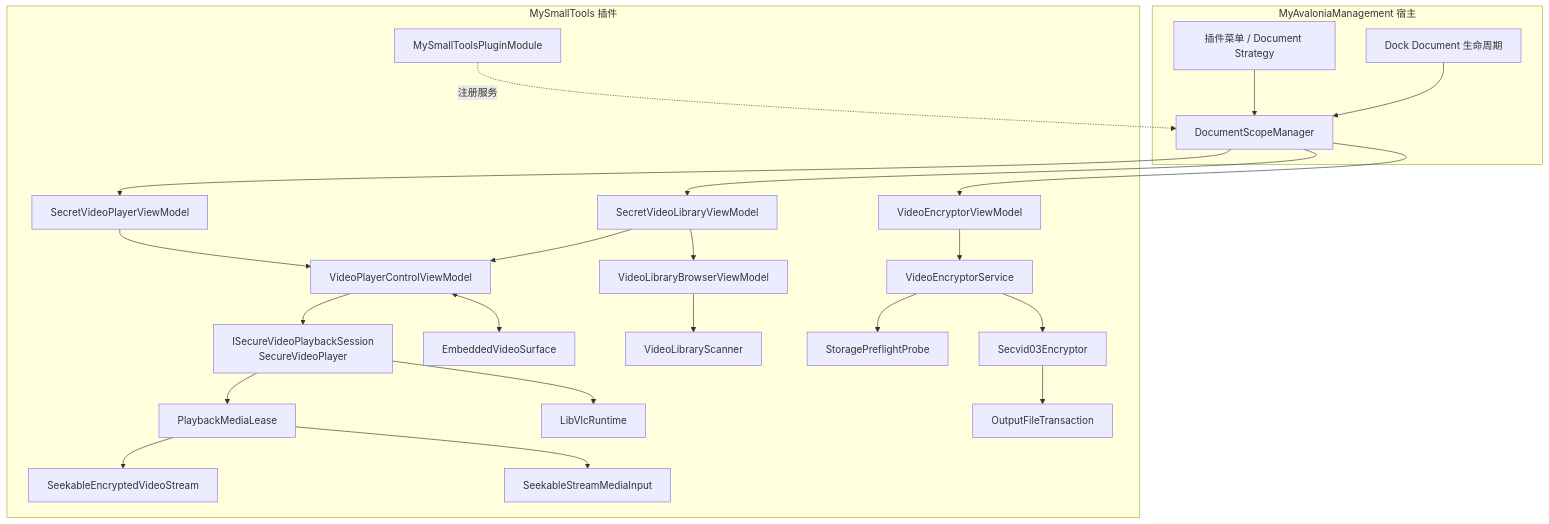
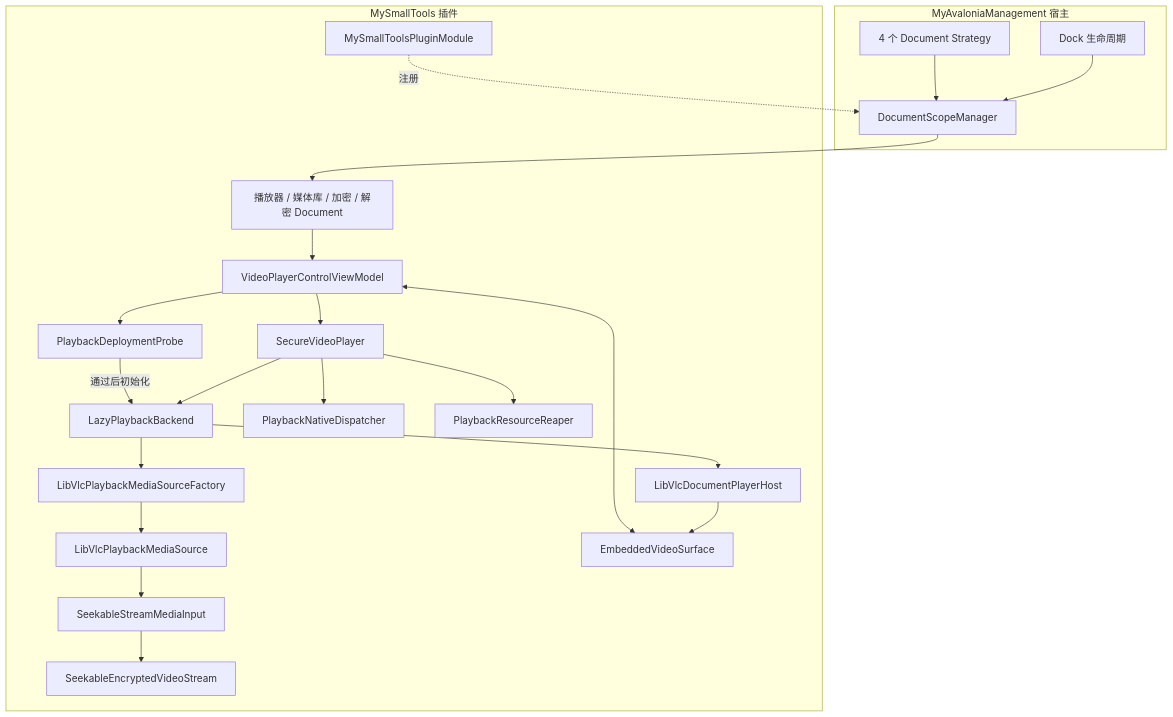
Before and after one commit to crownclowngx/avalonia_dock_simple_test: the first of 6 diagrams in Plugins/MySmallTools/MySmallTools/docs/secret-video-player/architecture-design.md, drawn with Mermaid. The commit also changed other lines of this file and 3 other files, not shown here.

````diff
--- a/Plugins/MySmallTools/MySmallTools/docs/secret-video-player/architecture-design.md
+++ b/Plugins/MySmallTools/MySmallTools/docs/secret-video-player/architecture-design.md
@@ -33,49 +59,44 @@
 ```mermaid
 flowchart TB
     subgraph Host["MyAvaloniaManagement 宿主"]
-        Menu["插件菜单 / Document Strategy"]
+        Strategy["4 个 Document Strategy"]
         ScopeManager["DocumentScopeManager"]
-        Dock["Dock Document 生命周期"]
+        Dock["Dock 生命周期"]
     end
 
     subgraph Plugin["MySmallTools 插件"]
         Module["MySmallToolsPluginModule"]
-        PlayerDoc["SecretVideoPlayerViewModel"]
-        LibraryDoc["SecretVideoLibraryViewModel"]
-        BrowserVM["VideoLibraryBrowserViewModel"]
-        Scanner["VideoLibraryScanner"]
-        EncryptDoc["VideoEncryptorViewModel"]
-        PlayerVM["VideoPlayerControlViewModel"]
-        Player["ISecureVideoPlaybackSession<br/>SecureVideoPlayer"]
-        Lease["PlaybackMediaLease"]
-        EncryptService["VideoEncryptorService"]
-        Encryptor["Secvid03Encryptor"]
-        Preflight["StoragePreflightProbe"]
-        Transaction["OutputFileTransaction"]
+        PageVM["播放器 / 媒体库 / 加密 / 解密 Document"]
+        ControlVM["VideoPlayerControlViewModel"]
+        Probe["PlaybackDeploymentProbe"]
+        Backend["LazyPlaybackBackend"]
+        Session["SecureVideoPlayer"]
+        Dispatcher["PlaybackNativeDispatcher"]
+        HostPlayer["LibVlcDocumentPlayerHost"]
+        SourceFactory["LibVlcPlaybackMediaSourceFactory"]
+        Source["LibVlcPlaybackMediaSource"]
+        Reaper["PlaybackResourceReaper"]
+        Input["SeekableStreamMediaInput"]
         Stream["SeekableEncryptedVideoStream"]
-        Input["SeekableStreamMediaInput"]
-        Runtime["LibVlcRuntime"]
         Surface["EmbeddedVideoSurface"]
     end
 
-    Menu --> ScopeManager
+    Strategy --> ScopeManager
     Dock --> ScopeManager
-    Module -.->|注册服务| ScopeManager
-    ScopeManager --> PlayerDoc
-    ScopeManager --> LibraryDoc
-    ScopeManager --> EncryptDoc
-    PlayerDoc --> PlayerVM
-    LibraryDoc --> PlayerVM
-    LibraryDoc --> BrowserVM
-    BrowserVM --> Scanner
-    PlayerVM --> Player
-    Player --> Lease
-    Lease --> Stream
-    Lease --> Input
-    Player --> Runtime
-    PlayerVM <--> Surface
-    EncryptDoc --> EncryptService
-    EncryptService --> Preflight
-    EncryptService --> Encryptor
-    Encryptor --> Transaction
+    Module -.->|注册| ScopeManager
+    ScopeManager --> PageVM
+    PageVM --> ControlVM
+    ControlVM --> Probe
+    ControlVM --> Session
+    ControlVM <--> Surface
+    Probe -->|通过后初始化| Backend
+    Session --> Backend
+    Session --> Dispatcher
+    Session --> Reaper
+    Backend --> HostPlayer
+    Backend --> SourceFactory
+    SourceFactory --> Source
+    Source --> Input
+    Input --> Stream
+    HostPlayer --> Surface
 ```
````
